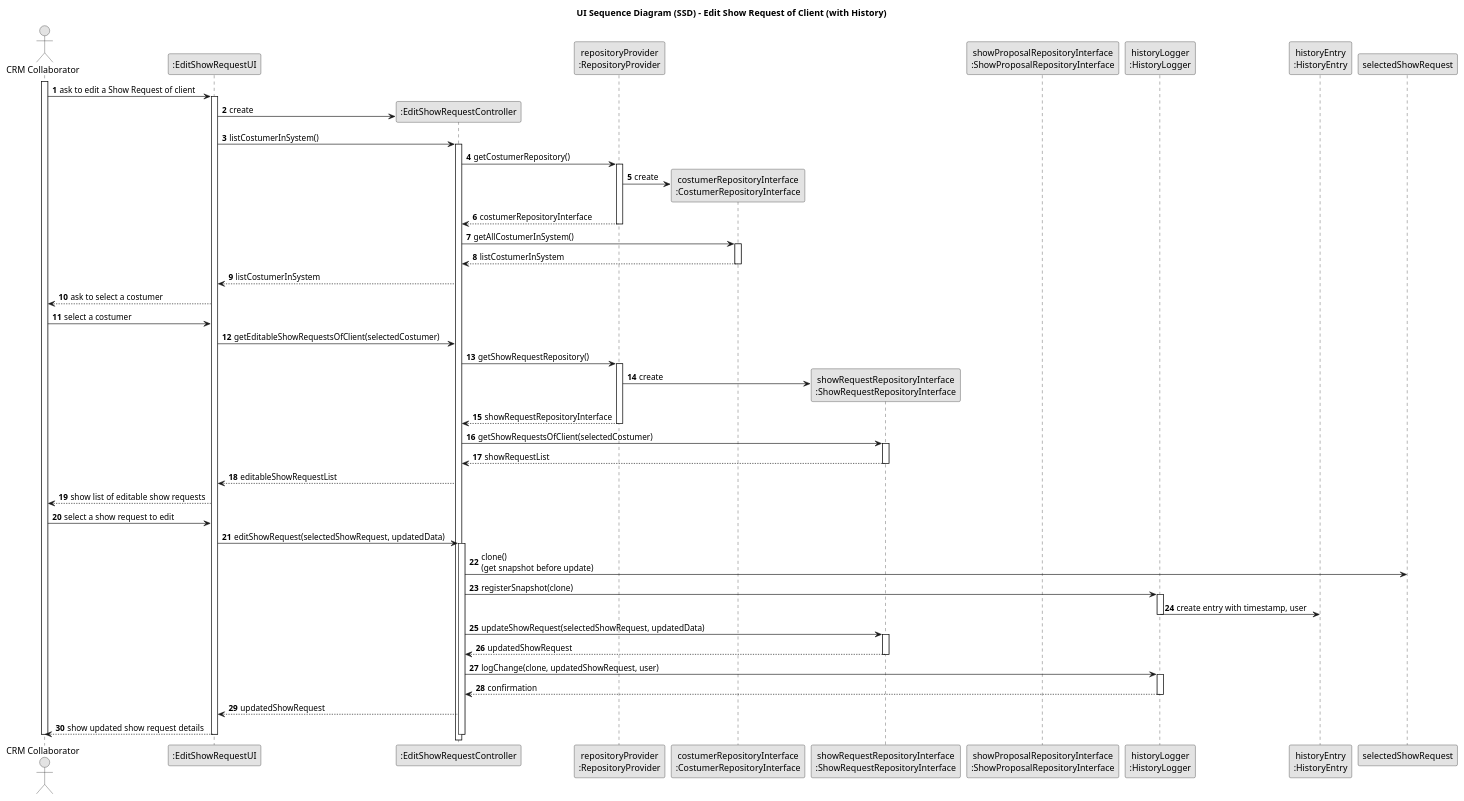
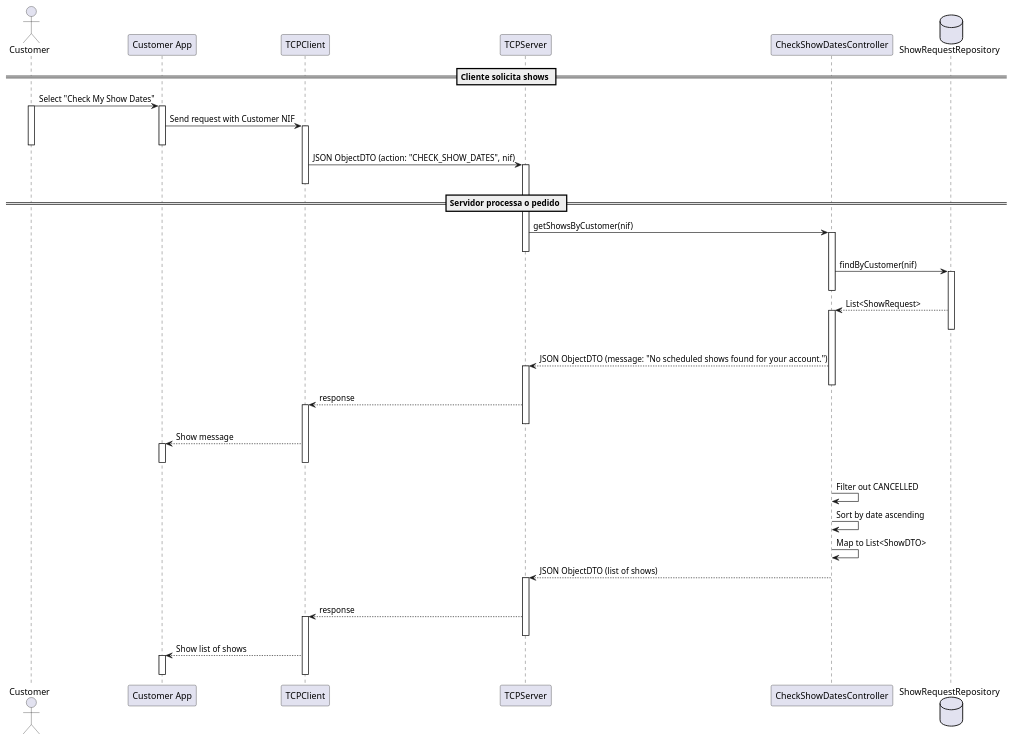
The diagram in docs/planning/sprint3/EAPLI/US372 - Check shows dates (Jorge)/03.design/puml/us236-domain-model.puml (SAEmanuel/Shodrone_ISEP), drawn with PlantUML before and after one commit. The commit also changed 7 other files, not shown here.

```diff
--- a/docs/planning/sprint3/EAPLI/US372 - Check shows dates (Jorge)/03.design/puml/us236-domain-model.puml
+++ b/docs/planning/sprint3/EAPLI/US372 - Check shows dates (Jorge)/03.design/puml/us236-domain-model.puml
@@ -1,87 +1,67 @@
 @startuml
-skinparam monochrome true
-skinparam packageStyle rectangle
-skinparam shadowing false
+actor "Customer" as Actor
+participant "Customer App" as App
+participant "TCPClient" as Client
+participant "TCPServer" as Server
+participant "CheckShowDatesController" as Controller
+database "ShowRequestRepository" as Repo
 
-title UI Sequence Diagram (SSD) - Edit Show Request of Client (with History)
+== Cliente solicita shows ==
 
-autonumber
+Actor -> App : Select "Check My Show Dates"
+activate Actor
+activate App
 
-actor "CRM Collaborator" as Collaborator
-participant ":EditShowRequestUI" as UI
-participant ":EditShowRequestController" as CTRL
-participant "repositoryProvider\n:RepositoryProvider" as repoProvider
-participant "costumerRepositoryInterface\n:CostumerRepositoryInterface" as cosInt
-participant "showRequestRepositoryInterface\n:ShowRequestRepositoryInterface" as shwInt
-participant "showProposalRepositoryInterface\n:ShowProposalRepositoryInterface" as propInt
-participant "historyLogger\n:HistoryLogger" as historyLogger
-participant "historyEntry\n:HistoryEntry" as historyEntry
+App -> Client : Send request with Customer NIF
+activate Client
+deactivate App
+deactivate Actor
 
-activate Collaborator
+Client -> Server : JSON ObjectDTO (action: "CHECK_SHOW_DATES", nif)
+activate Server
+deactivate Client
 
-Collaborator -> UI : ask to edit a Show Request of client
-activate UI
+== Servidor processa o pedido ==
 
-UI -> CTRL **: create
-UI -> CTRL : listCostumerInSystem()
-activate CTRL
+Server -> Controller : getShowsByCustomer(nif)
+activate Controller
+deactivate Server
 
-CTRL -> repoProvider : getCostumerRepository()
-activate repoProvider
-repoProvider -> cosInt **: create
-repoProvider --> CTRL : costumerRepositoryInterface
-deactivate repoProvider
+Controller -> Repo : findByCustomer(nif)
+activate Repo
+deactivate Controller
 
-CTRL -> cosInt : getAllCostumerInSystem()
-activate cosInt
-cosInt --> CTRL : listCostumerInSystem
-deactivate cosInt
+Repo --> Controller : List<ShowRequest>
+activate Controller
+deactivate Repo
 
-CTRL --> UI : listCostumerInSystem
-UI --> Collaborator : ask to select a costumer
+alt No Shows Found
+    Controller --> Server : JSON ObjectDTO (message: "No scheduled shows found for your account.")
+    activate Server
+    deactivate Controller
 
-Collaborator -> UI : select a costumer
-UI -> CTRL : getEditableShowRequestsOfClient(selectedCostumer)
+    Server --> Client : response
+    activate Client
+    deactivate Server
 
-CTRL -> repoProvider : getShowRequestRepository()
-activate repoProvider
-repoProvider -> shwInt **: create
-repoProvider --> CTRL : showRequestRepositoryInterface
-deactivate repoProvider
+    Client --> App : Show message
+    activate App
+    deactivate Client
+    deactivate App
+else Shows Found
+    Controller -> Controller : Filter out CANCELLED
+    Controller -> Controller : Sort by date ascending
+    Controller -> Controller : Map to List<ShowDTO>
+    Controller --> Server : JSON ObjectDTO (list of shows)
+    activate Server
+    deactivate Controller
 
-CTRL -> shwInt : getShowRequestsOfClient(selectedCostumer)
-activate shwInt
-shwInt --> CTRL : showRequestList
-deactivate shwInt
+    Server --> Client : response
+    activate Client
+    deactivate Server
 
-CTRL --> UI : editableShowRequestList
-UI --> Collaborator : show list of editable show requests
-
-Collaborator -> UI : select a show request to edit
-UI -> CTRL : editShowRequest(selectedShowRequest, updatedData)
-activate CTRL
-
-CTRL -> selectedShowRequest : clone() \n(get snapshot before update)
-CTRL -> historyLogger : registerSnapshot(clone)
-activate historyLogger
-historyLogger -> historyEntry : create entry with timestamp, user
-deactivate historyLogger
-
-CTRL -> shwInt : updateShowRequest(selectedShowRequest, updatedData)
-activate shwInt
-shwInt --> CTRL : updatedShowRequest
-deactivate shwInt
-
-CTRL -> historyLogger : logChange(clone, updatedShowRequest, user)
-activate historyLogger
-historyLogger --> CTRL : confirmation
-deactivate historyLogger
-
-CTRL --> UI : updatedShowRequest
-UI --> Collaborator : show updated show request details
-
-deactivate CTRL
-deactivate UI
-deactivate Collaborator
-
+    Client --> App : Show list of shows
+    activate App
+    deactivate Client
+    deactivate App
 @enduml
```
